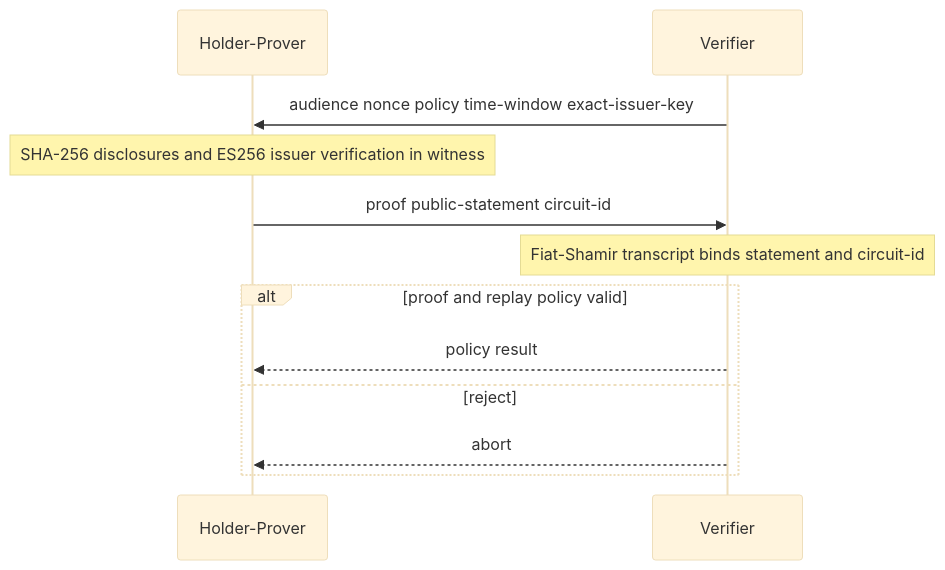
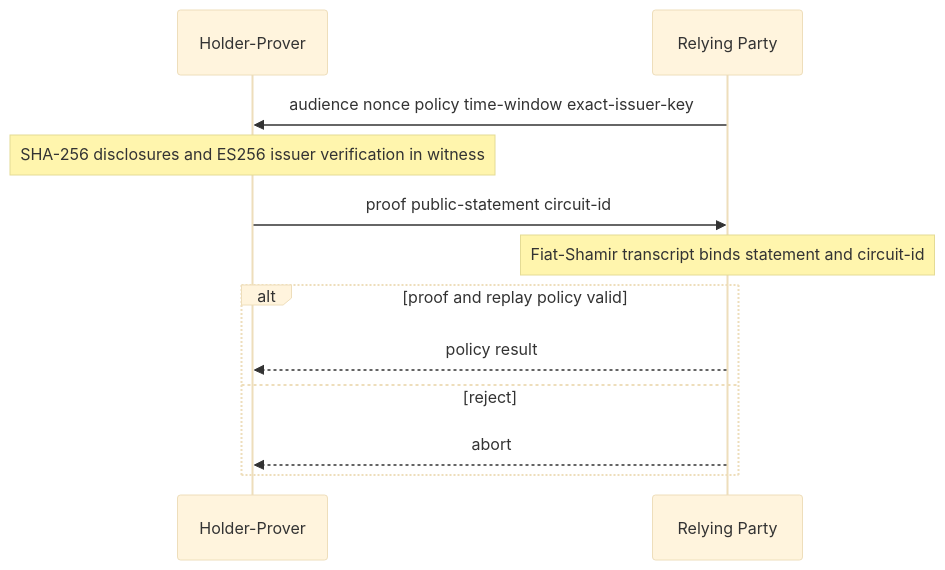
The second of 6 diagrams in spec/protocol-sequences.md (ForkbombEu/sd-jwt-zk), drawn with Mermaid (base theme) before and after one commit. The commit also changed other lines of this file and 43 other files, not shown here.

````diff
--- a/spec/protocol-sequences.md
+++ b/spec/protocol-sequences.md
@@ -22,14 +22,14 @@
 ```mermaid
 sequenceDiagram
  participant H as Holder-Prover
- participant V as Verifier
- V->>H: audience nonce policy time-window exact-issuer-key
+ participant RP as Relying Party
+ RP->>H: audience nonce policy time-window exact-issuer-key
  Note over H: SHA-256 disclosures and ES256 issuer verification in witness
- H->>V: proof public-statement circuit-id
- Note over V: Fiat-Shamir transcript binds statement and circuit-id
+ H->>RP: proof public-statement circuit-id
+ Note over RP: Fiat-Shamir transcript binds statement and circuit-id
  alt proof and replay policy valid
-  V-->>H: policy result
+  RP-->>H: policy result
  else reject
-  V-->>H: abort
+  RP-->>H: abort
  end
 ```
````
